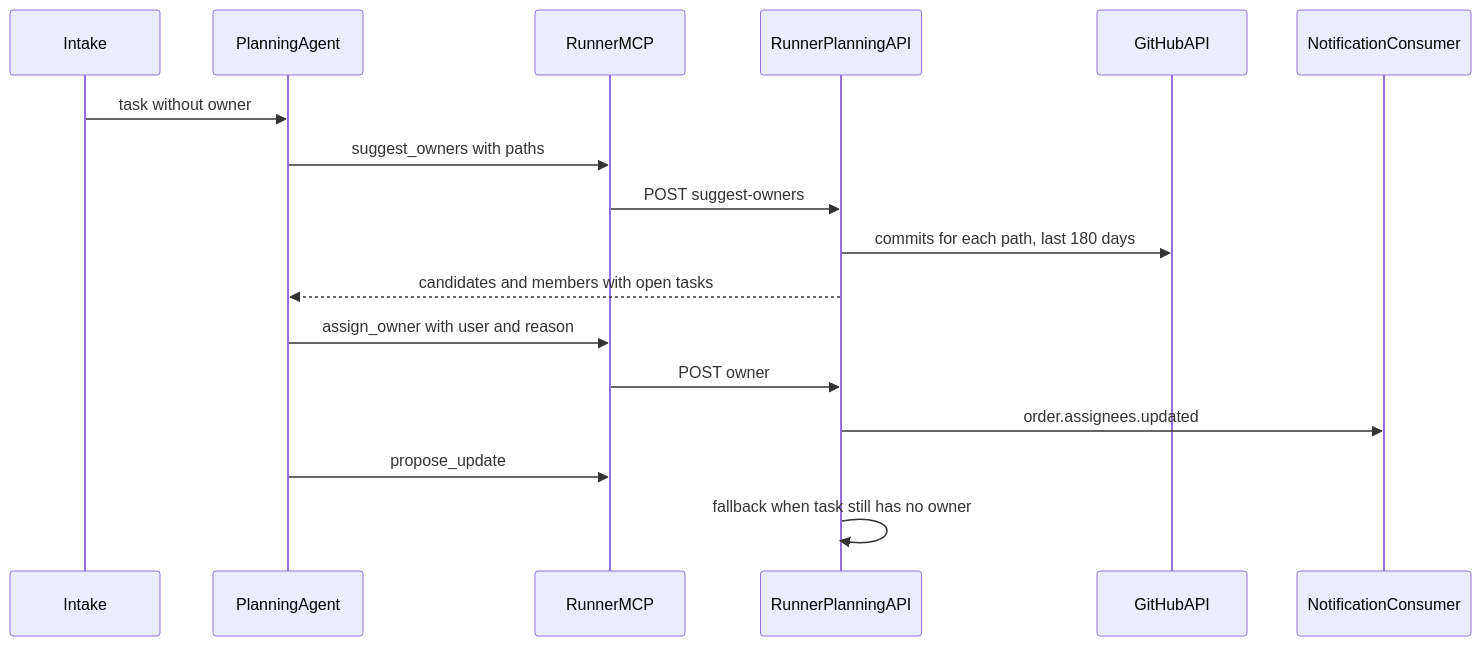
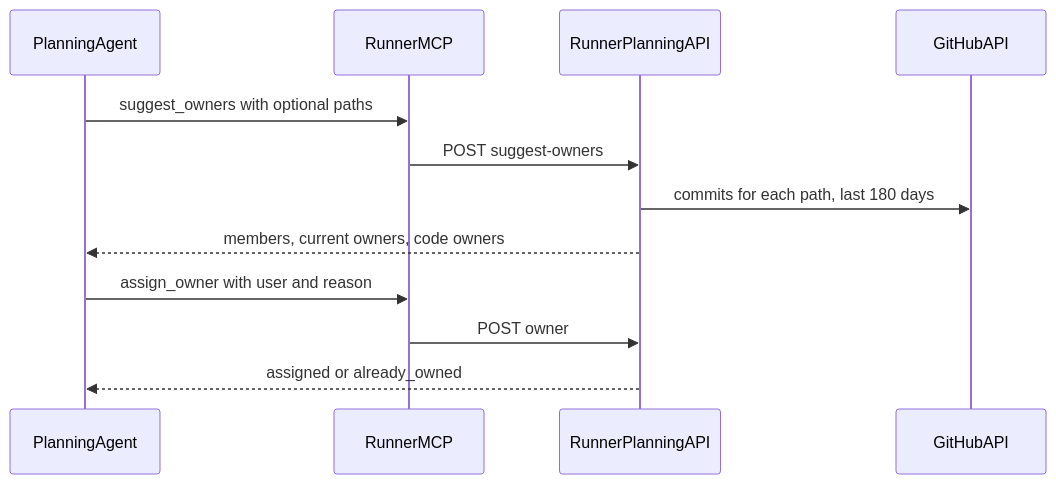
One commit to superplanehq/superplane changed the diagram in docs/prd/intelligent-task-assignment.md. Above: the diagram before and after it, drawn with Mermaid. The commit also changed other lines of this file and 27 other files, not shown here.

````diff
--- a/docs/prd/intelligent-task-assignment.md
+++ b/docs/prd/intelligent-task-assignment.md
@@ -60,19 +51,14 @@
 ```mermaid
 sequenceDiagram
-  participant Intake
   participant Agent as PlanningAgent
   participant MCP as RunnerMCP
   participant API as RunnerPlanningAPI
   participant GH as GitHubAPI
-  participant Notify as NotificationConsumer
-  Intake->>Agent: task without owner
-  Agent->>MCP: suggest_owners with paths
+  Agent->>MCP: suggest_owners with optional paths
   MCP->>API: POST suggest-owners
   API->>GH: commits for each path, last 180 days
-  API-->>Agent: candidates and members with open tasks
+  API-->>Agent: members, current owners, code owners
   Agent->>MCP: assign_owner with user and reason
   MCP->>API: POST owner
-  API->>Notify: order.assignees.updated
-  Agent->>MCP: propose_update
-  API->>API: fallback when task still has no owner
+  API-->>Agent: assigned or already_owned
 ```
````
